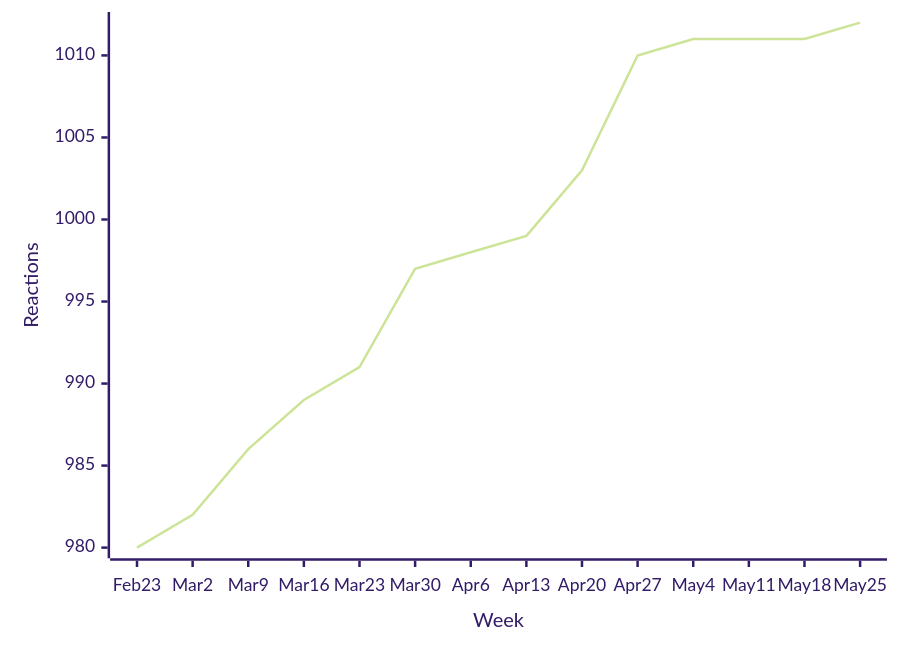
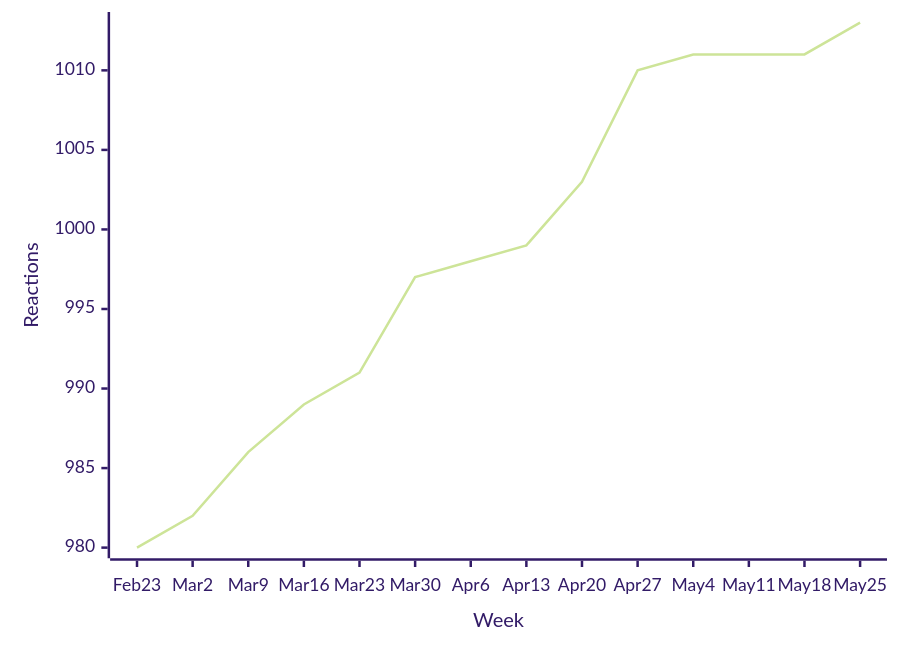
One commit to loic-sharma/github-insights changed the first of 51 diagrams in README.md. Above: the diagram before and after it, drawn with Mermaid (forest theme). The commit also changed other lines of this file and 3 other files, not shown here.

````diff
--- a/README.md
+++ b/README.md
@@ -339,6 +339,6 @@
   ```mermaid
   xychart-beta
     x-axis "Week" [Feb 23, Mar 2, Mar 9, Mar 16, Mar 23, Mar 30, Apr 6, Apr 13, Apr 20, Apr 27, May 4, May 11, May 18, May 25]
     y-axis "Reactions"
-    line [980, 982, 986, 989, 991, 997, 998, 999, 1003, 1010, 1011, 1011, 1011, 1012]
+    line [980, 982, 986, 989, 991, 997, 998, 999, 1003, 1010, 1011, 1011, 1011, 1013]
   ```
````
